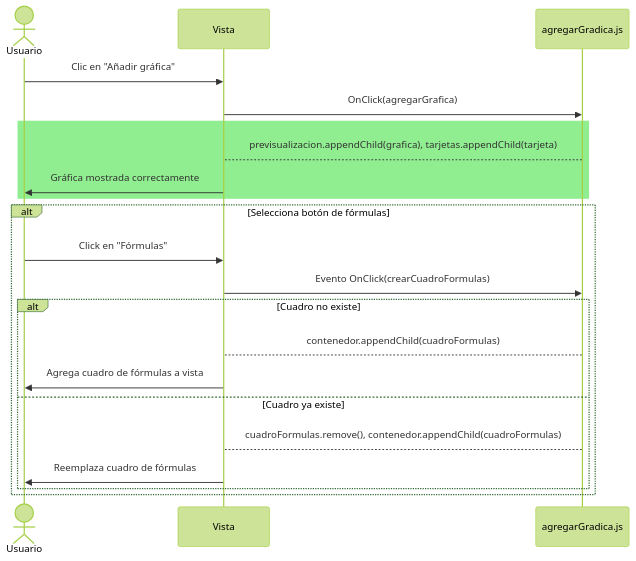
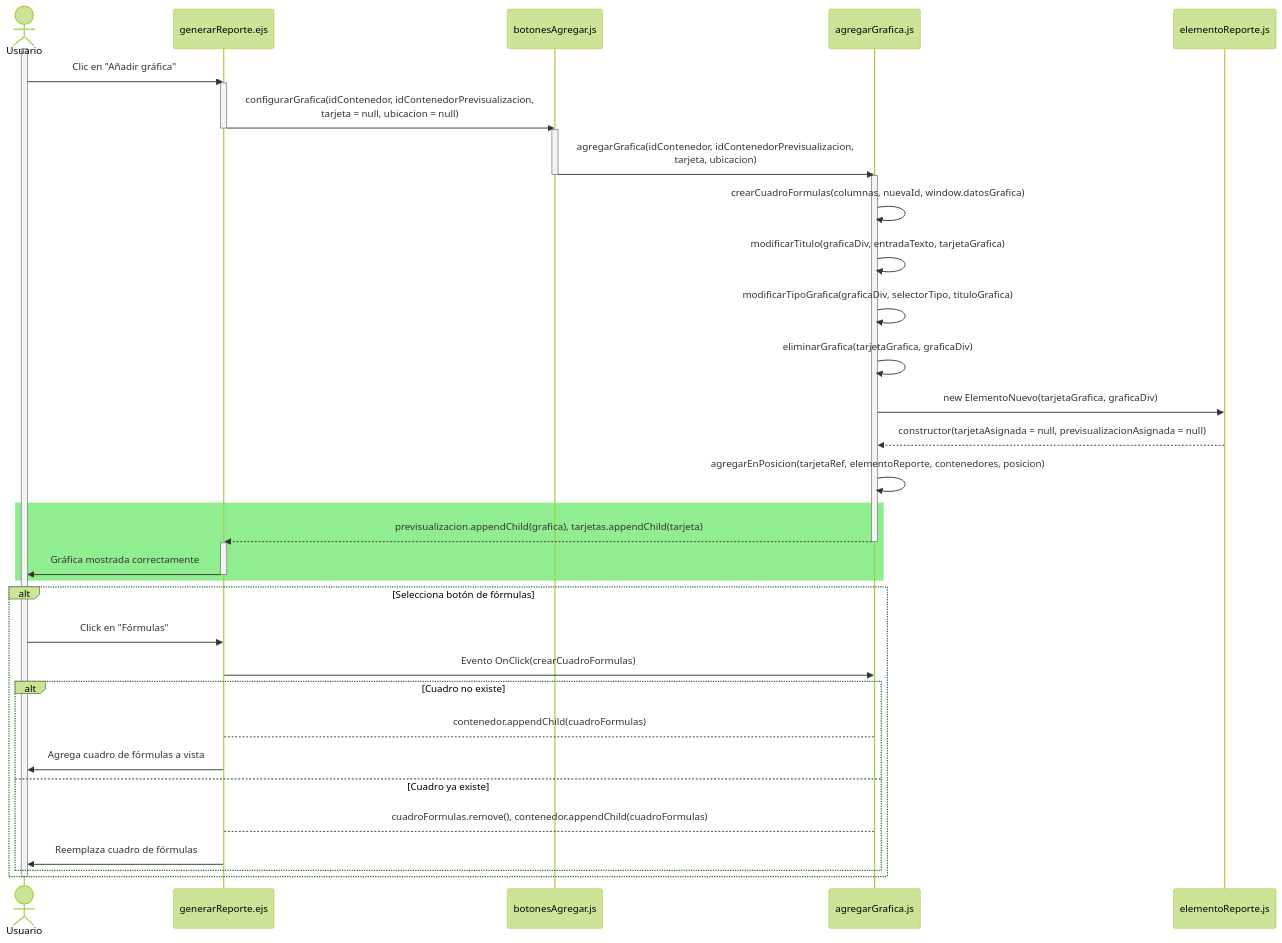
The diagram in documentation/docs/proyectos/tractores/documentacion/requisitos/HU10.md (CodeAnd-Co/Documentacion), drawn with Mermaid (forest theme) before and after one commit. The commit also changed other lines of this file and 1 other file, not shown here.

Commit message:
Agregar funciones y tiempos de vida

````diff
--- a/documentation/docs/proyectos/tractores/documentacion/requisitos/HU10.md
+++ b/documentation/docs/proyectos/tractores/documentacion/requisitos/HU10.md
@@ -21,29 +21,49 @@
 ```mermaid
 sequenceDiagram
     actor Usuario
-    participant Vista
-    participant agregarGradica.js
+    participant Vista as generarReporte.ejs
+    participant utilBoton as botonesAgregar.js
+    participant utilGrafica as agregarGrafica.js
+    participant modelElemento as elementoReporte.js
 
     %% Flujo principal (caso exitoso)
+    activate Usuario
     Usuario->>Vista: Clic en "Añadir gráfica"
-    Vista->>agregarGradica.js: OnClick(agregarGrafica)
+    activate Vista
+    Vista->>utilBoton: configurarGrafica(idContenedor, idContenedorPrevisualizacion, <br/>tarjeta = null, ubicacion = null)
+    deactivate Vista
+    activate utilBoton
+    utilBoton->>utilGrafica: agregarGrafica(idContenedor, idContenedorPrevisualizacion, <br/>tarjeta, ubicacion)
+    deactivate utilBoton
+    activate utilGrafica
+    utilGrafica->>utilGrafica: crearCuadroFormulas(columnas, nuevaId, window.datosGrafica)
+    utilGrafica->>utilGrafica: modificarTitulo(graficaDiv, entradaTexto, tarjetaGrafica)
+    utilGrafica->>utilGrafica: modificarTipoGrafica(graficaDiv, selectorTipo, tituloGrafica)
+    utilGrafica->>utilGrafica: eliminarGrafica(tarjetaGrafica, graficaDiv)
+    utilGrafica->>modelElemento: new ElementoNuevo(tarjetaGrafica, graficaDiv)
+    modelElemento-->>utilGrafica: constructor(tarjetaAsignada = null, previsualizacionAsignada = null)
+    utilGrafica->>utilGrafica: agregarEnPosicion(tarjetaRef, elementoReporte, contenedores, posicion)
 
     rect LightGreen
-        agregarGradica.js-->Vista: previsualizacion.appendChild(grafica), tarjetas.appendChild(tarjeta)
+        utilGrafica-->>Vista: previsualizacion.appendChild(grafica), tarjetas.appendChild(tarjeta)
+        deactivate utilGrafica
+        activate Vista
         Vista->>Usuario: Gráfica mostrada correctamente
+        deactivate Vista
     end
 
     %% Flujos alternos (errores al final)
     alt Selecciona botón de fórmulas
         Usuario->>Vista: Click en "Fórmulas"
-        Vista->>agregarGradica.js: Evento OnClick(crearCuadroFormulas)
+        Vista->>utilGrafica: Evento OnClick(crearCuadroFormulas)
         
         alt Cuadro no existe
-            agregarGradica.js-->Vista: contenedor.appendChild(cuadroFormulas)
+            utilGrafica-->Vista: contenedor.appendChild(cuadroFormulas)
             Vista->>Usuario: Agrega cuadro de fórmulas a vista
         else Cuadro ya existe
-            agregarGradica.js-->Vista: cuadroFormulas.remove(), contenedor.appendChild(cuadroFormulas)
+            utilGrafica-->Vista: cuadroFormulas.remove(), contenedor.appendChild(cuadroFormulas)
             Vista->>Usuario: Reemplaza cuadro de fórmulas
         end
     end
+    deactivate Usuario
 ```
````
